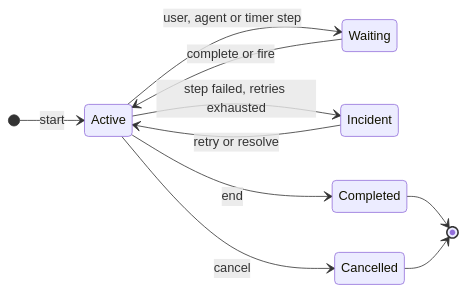
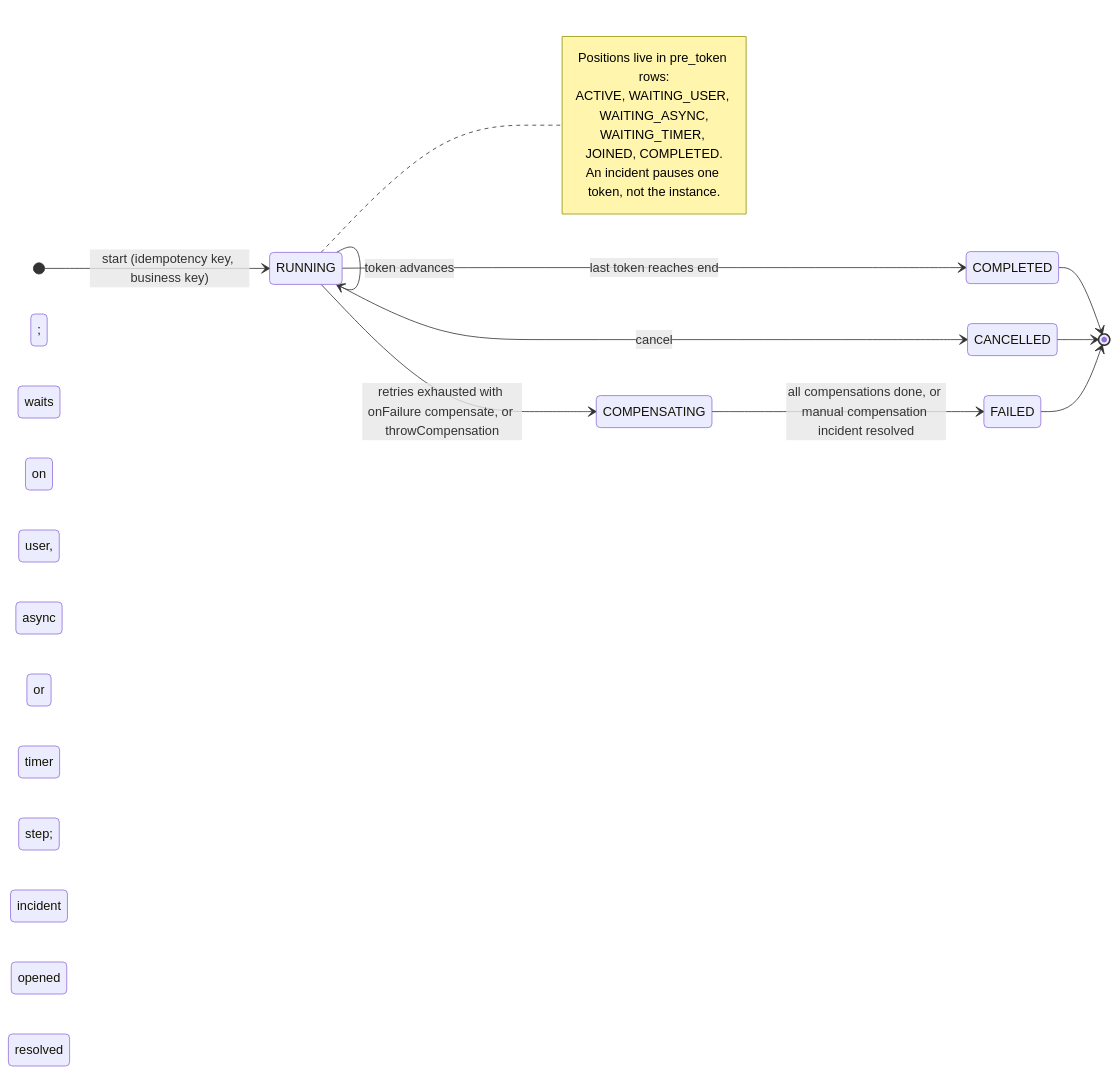
One commit to dhluong90/horus-Agentic-BPM changed the diagram in wiki/diagrams/process-instance-states.mmd. Above: the diagram before and after it, drawn with Mermaid. The commit also changed 61 other files, not shown here.

```diff
--- a/wiki/diagrams/process-instance-states.mmd
+++ b/wiki/diagrams/process-instance-states.mmd
@@ -1,11 +1,17 @@
 stateDiagram-v2
   direction LR
-  [*] --> Active: start
-  Active --> Waiting: user, agent or timer step
-  Waiting --> Active: complete or fire
-  Active --> Incident: step failed, retries exhausted
-  Incident --> Active: retry or resolve
-  Active --> Completed: end
-  Active --> Cancelled: cancel
-  Completed --> [*]
-  Cancelled --> [*]
+  [*] --> RUNNING: start (idempotency key, business key)
+  RUNNING --> RUNNING: token advances; waits on user, async or timer step; incident opened or resolved
+  RUNNING --> COMPLETED: last token reaches end
+  RUNNING --> CANCELLED: cancel
+  RUNNING --> COMPENSATING: retries exhausted with onFailure compensate, or throwCompensation
+  COMPENSATING --> FAILED: all compensations done, or manual compensation incident resolved
+  COMPLETED --> [*]
+  CANCELLED --> [*]
+  FAILED --> [*]
+  note right of RUNNING
+    Positions live in pre_token rows:
+    ACTIVE, WAITING_USER, WAITING_ASYNC,
+    WAITING_TIMER, JOINED, COMPLETED.
+    An incident pauses one token, not the instance.
+  end note
```
